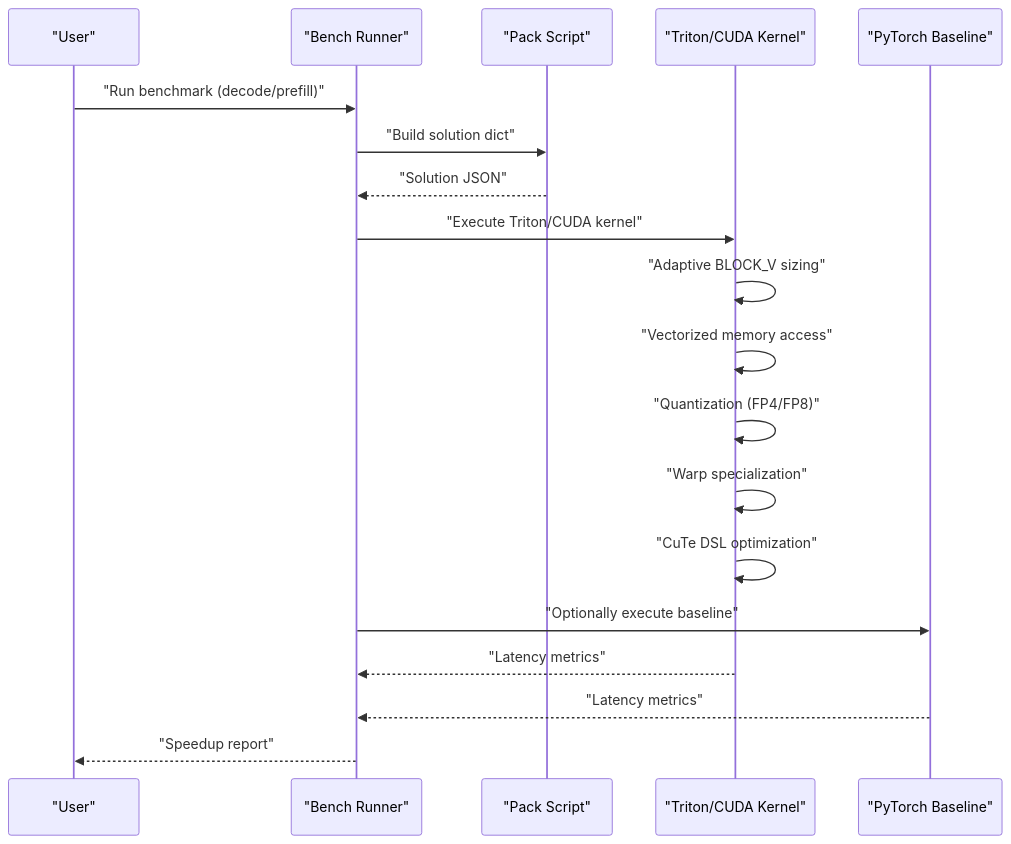
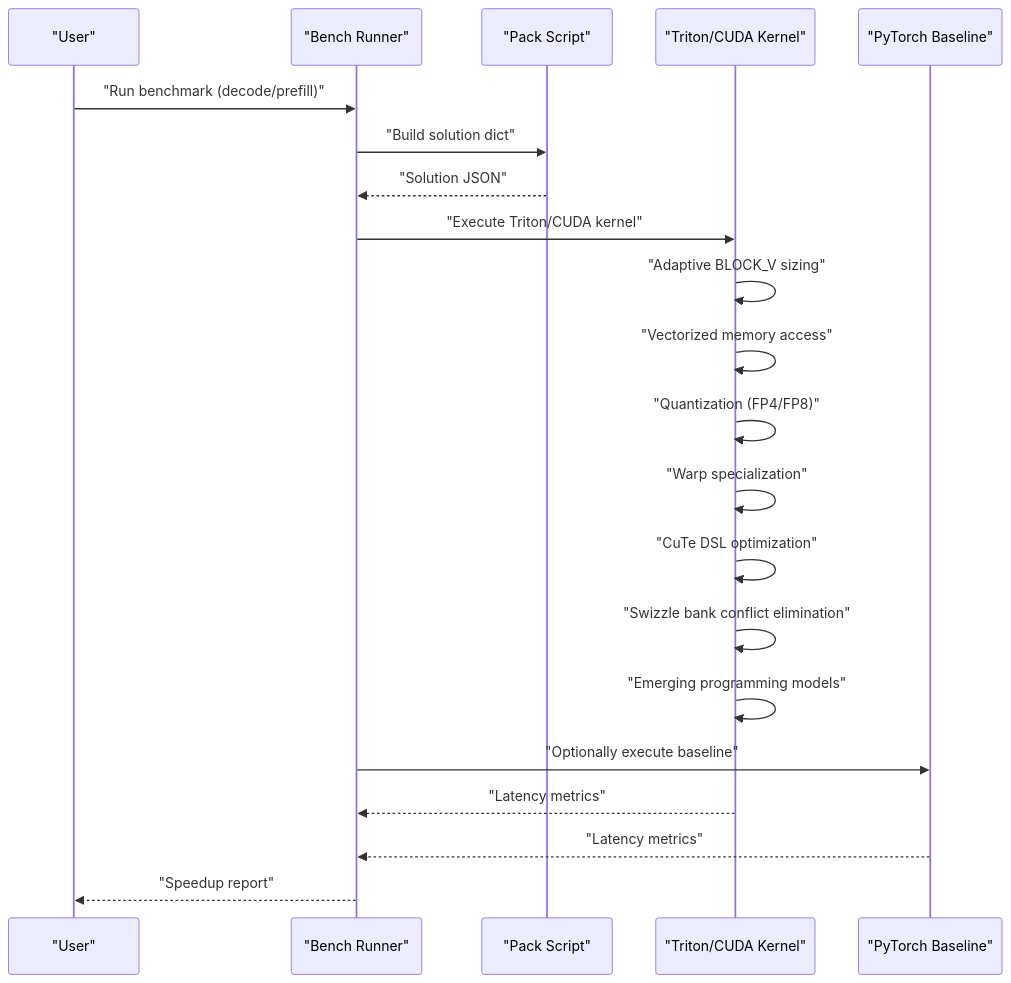
The second of 11 diagrams in .qoder/repowiki/en/content/Optimization Strategies.md (gugudeshubao/flashinfer-bench-tma-thrust), drawn with Mermaid before and after one commit. The commit also changed other lines of this file and 3 other files, not shown here.

````diff
--- a/.qoder/repowiki/en/content/Optimization Strategies.md
+++ b/.qoder/repowiki/en/content/Optimization Strategies.md
@@ -183,21 +196,23 @@
 ```mermaid
 sequenceDiagram
 participant User as "User"
 participant Bench as "Bench Runner"
 participant Pack as "Pack Script"
 participant Sol as "Triton/CUDA Kernel"
 participant Base as "PyTorch Baseline"
 User->>Bench : "Run benchmark (decode/prefill)"
 Bench->>Pack : "Build solution dict"
 Pack-->>Bench : "Solution JSON"
 Bench->>Sol : "Execute Triton/CUDA kernel"
 Sol->>Sol : "Adaptive BLOCK_V sizing"
 Sol->>Sol : "Vectorized memory access"
 Sol->>Sol : "Quantization (FP4/FP8)"
 Sol->>Sol : "Warp specialization"
 Sol->>Sol : "CuTe DSL optimization"
+Sol->>Sol : "Swizzle bank conflict elimination"
+Sol->>Sol : "Emerging programming models"
 Bench->>Base : "Optionally execute baseline"
 Sol-->>Bench : "Latency metrics"
 Base-->>Bench : "Latency metrics"
 Bench-->>User : "Speedup report"
 ```
````
